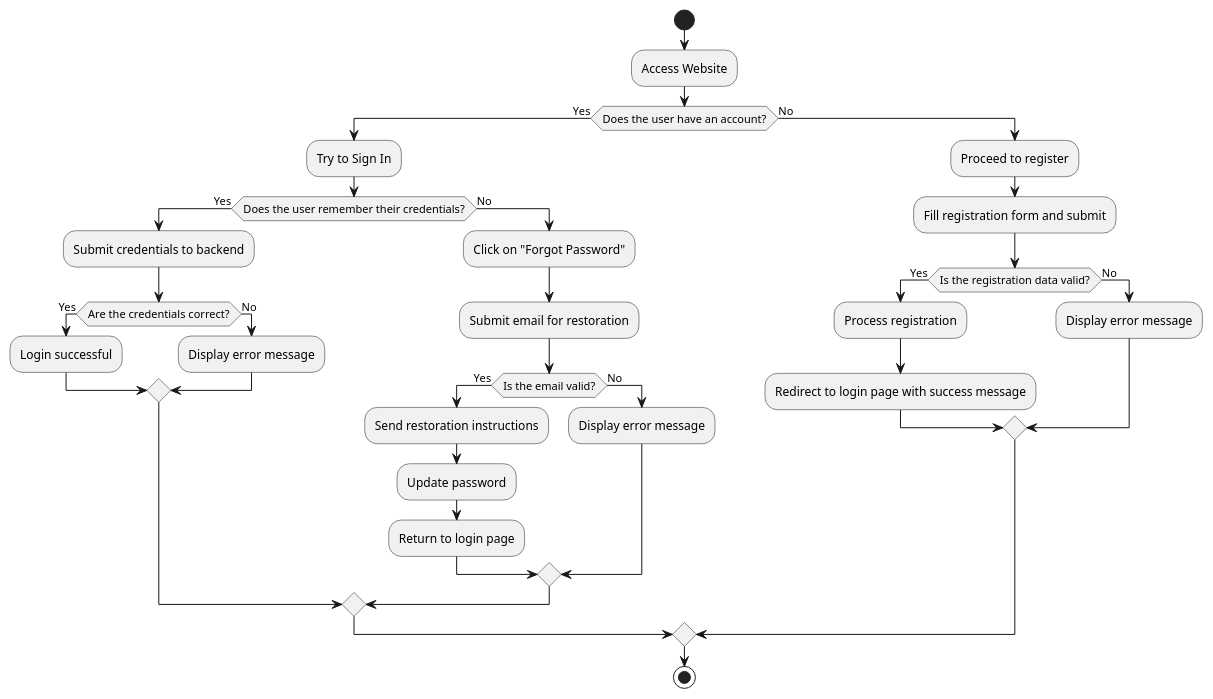
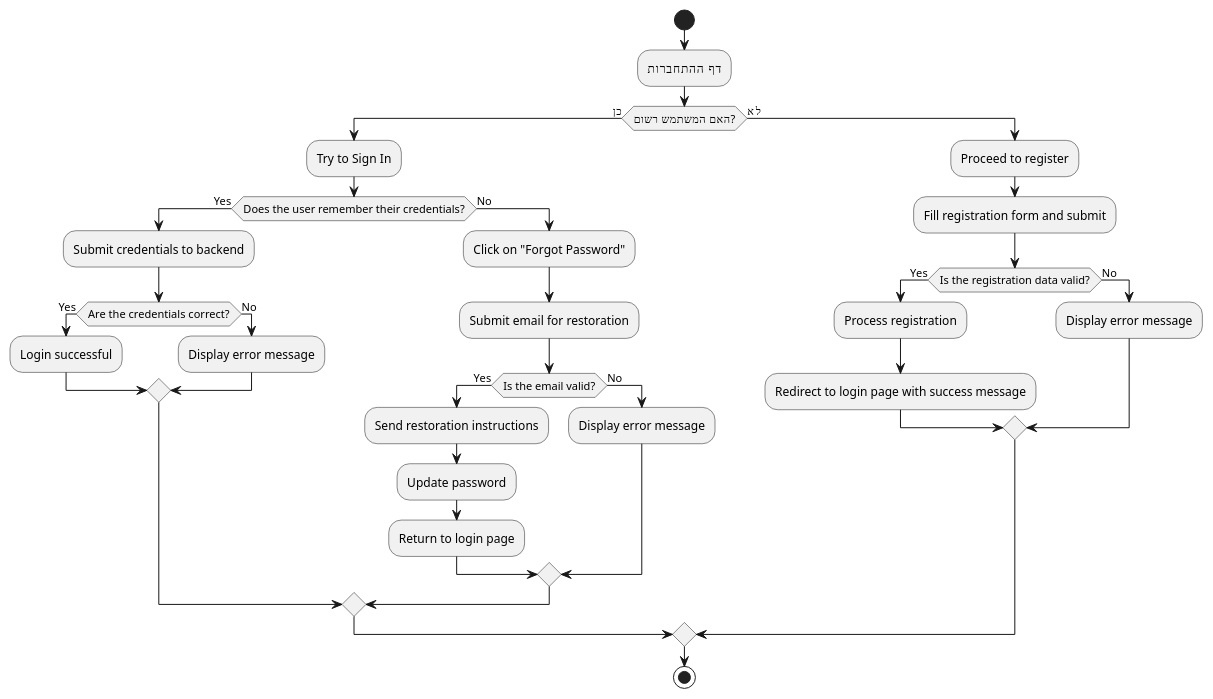
Before and after one commit to roei910/my-stocks: the diagram in oop course/draws/activity/userConnection.puml, drawn with PlantUML. The commit also changed 3 other files, not shown here.

```diff
--- a/oop course/draws/activity/userConnection.puml
+++ b/oop course/draws/activity/userConnection.puml
@@ -1,38 +1,38 @@
 @startuml
 start
 
-:Access Website;
+:דף ההתחברות;
 
-if (Does the user have an account?) then (Yes)
+if (האם המשתמש רשום?) then (כן)
     :Try to Sign In;
     if (Does the user remember their credentials?) then (Yes)
         :Submit credentials to backend;
         if (Are the credentials correct?) then (Yes)
             :Login successful;
         else (No)
             :Display error message;
         endif
     else (No)
         :Click on "Forgot Password";
         :Submit email for restoration;
         if (Is the email valid?) then (Yes)
             :Send restoration instructions;
             :Update password;
             :Return to login page;
         else (No)
             :Display error message;
         endif
     endif
-else (No)
+else (לא)
     :Proceed to register;
     :Fill registration form and submit;
     if (Is the registration data valid?) then (Yes)
         :Process registration;
         :Redirect to login page with success message;
     else (No)
         :Display error message;
     endif
 endif
 
 stop
 @enduml
```
